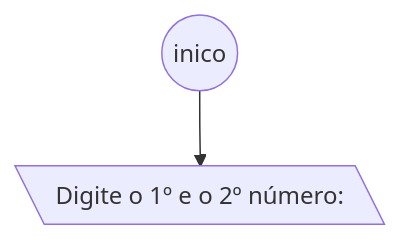
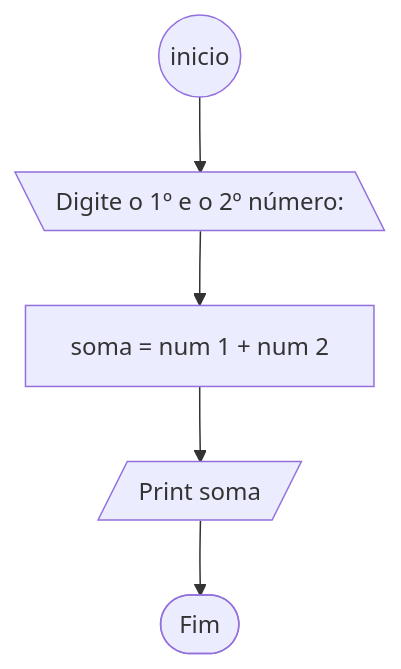
Before and after one commit to nickddb/senai---atividades: the diagram in CAINA/fluxograma/ativid3.md, drawn with Mermaid. The commit also changed 4 other files, not shown here.

````diff
--- a/CAINA/fluxograma/ativid3.md
+++ b/CAINA/fluxograma/ativid3.md
@@ -1,4 +1,7 @@
-```Mermaid
-flowchart TD
-    start((inico)) --> input[\ Digite o 1º e o 2º número: \]
+```mermaid
+    flowchart TD
+        start((inicio)) --> input[\ Digite o 1º e o 2º número: \]
+        input --> verification[soma = num 1 + num 2]
+        verification --> Fim[/Print soma/]
+        Fim --> finish([ Fim ])
 ```
````
